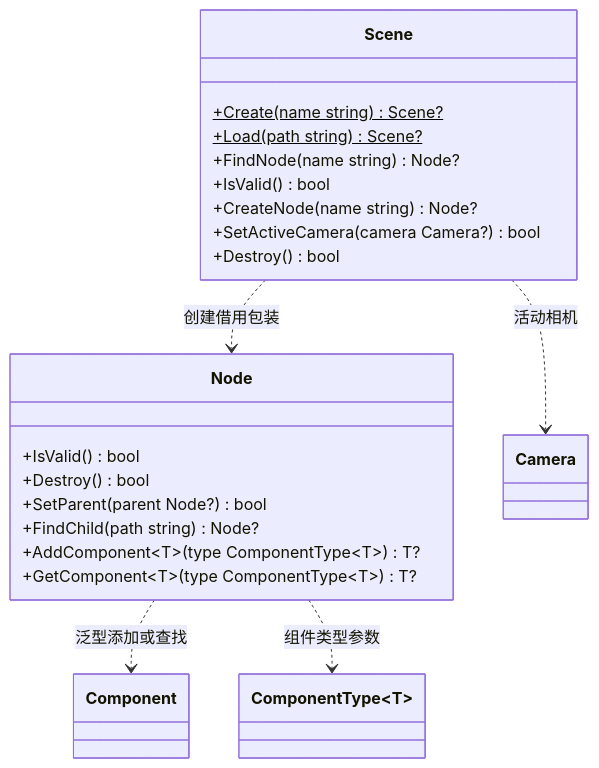
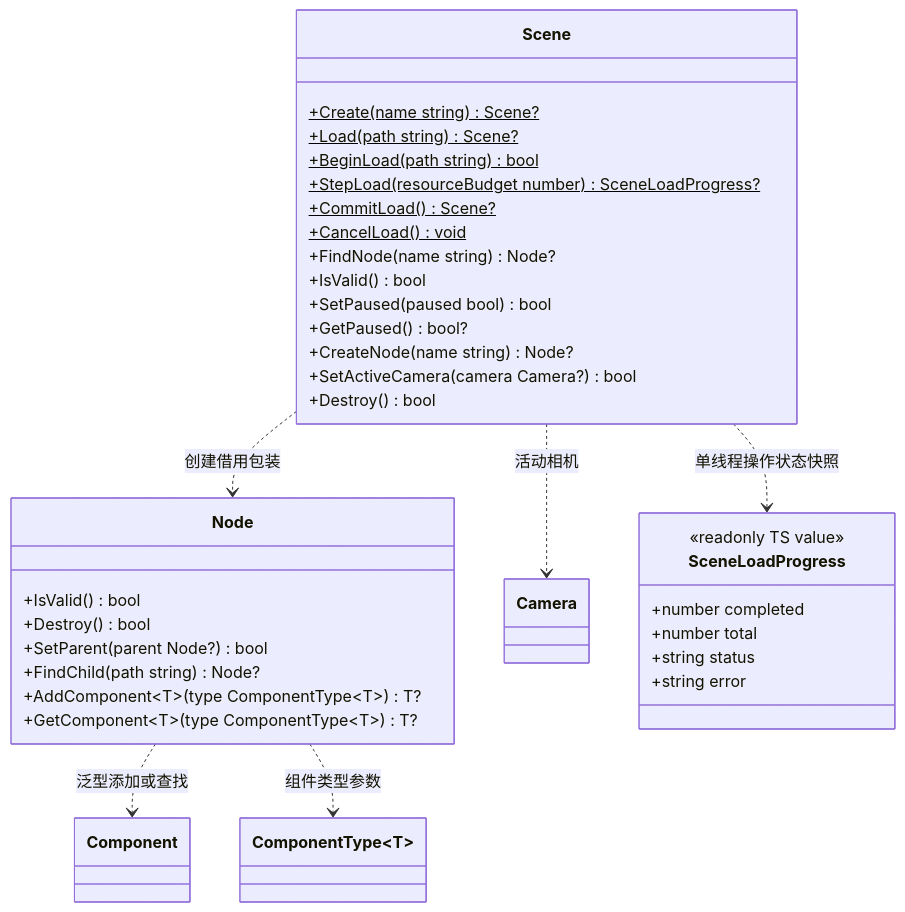
Before and after one commit to lcals/Engine: the second of 3 diagrams in docs/runtime/class-diagrams/gameplay.md, drawn with Mermaid. The commit also changed other lines of this file and 13 other files, not shown here.

````diff
--- a/docs/runtime/class-diagrams/gameplay.md
+++ b/docs/runtime/class-diagrams/gameplay.md
@@ -46,28 +47,42 @@
 ```mermaid
 classDiagram
     direction TB
     class Scene {
         +Create(name string) Scene?$
         +Load(path string) Scene?$
+        +BeginLoad(path string) bool$
+        +StepLoad(resourceBudget number) SceneLoadProgress?$
+        +CommitLoad() Scene?$
+        +CancelLoad() void$
         +FindNode(name string) Node?
         +IsValid() bool
+        +SetPaused(paused bool) bool
+        +GetPaused() bool?
         +CreateNode(name string) Node?
         +SetActiveCamera(camera Camera?) bool
         +Destroy() bool
     }
     class Node {
         +IsValid() bool
         +Destroy() bool
         +SetParent(parent Node?) bool
         +FindChild(path string) Node?
         +AddComponent~T~(type ComponentType~T~) T?
         +GetComponent~T~(type ComponentType~T~) T?
     }
     class Component
     class ComponentType~T~
     class Camera
+    class SceneLoadProgress {
+        <<readonly TS value>>
+        +number completed
+        +number total
+        +string status
+        +string error
+    }
     Scene ..> Node : 创建借用包装
     Scene ..> Camera : 活动相机
+    Scene ..> SceneLoadProgress : 单线程操作状态快照
     Node ..> Component : 泛型添加或查找
     Node ..> ComponentType : 组件类型参数
 ```
````
